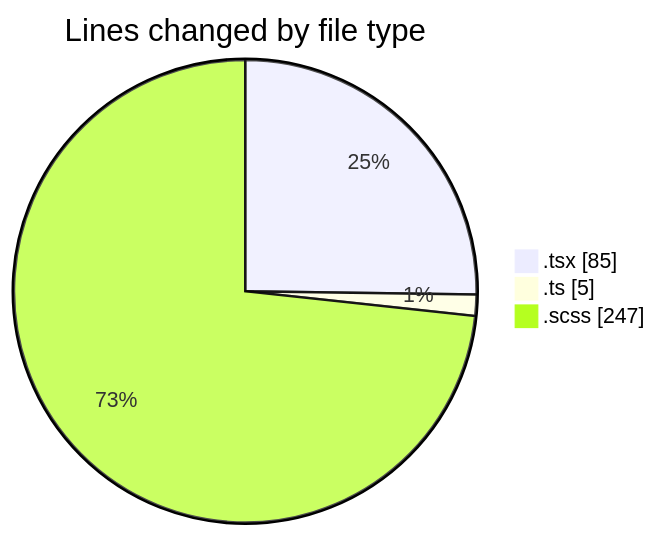
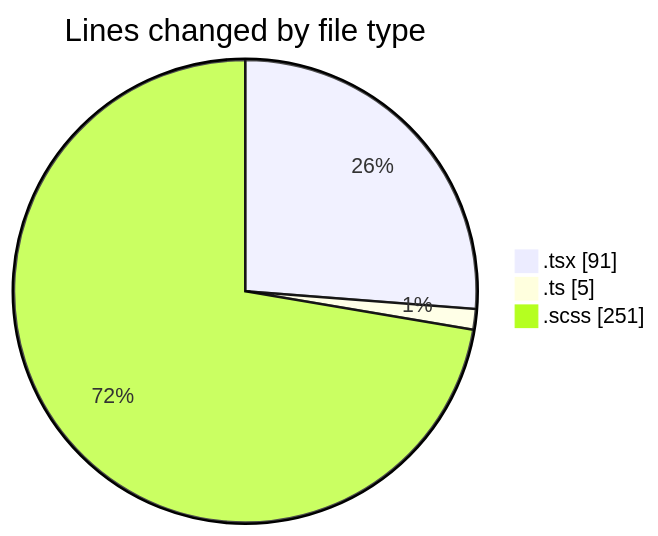
One commit to momahboobian/code-tracking changed the first of 2 diagrams in 2025-02-28/cda/README.md. Above: the diagram before and after it, drawn with Mermaid. The commit also changed other lines of this file and 1 other file, not shown here.

````diff
--- a/2025-02-28/cda/README.md
+++ b/2025-02-28/cda/README.md
@@ -24,7 +24,7 @@
 ```mermaid
 pie showData
 title Lines changed by file type
-".tsx" : 85
+".tsx" : 91
 ".ts" : 5
-".scss" : 247
+".scss" : 251
 ```
````
